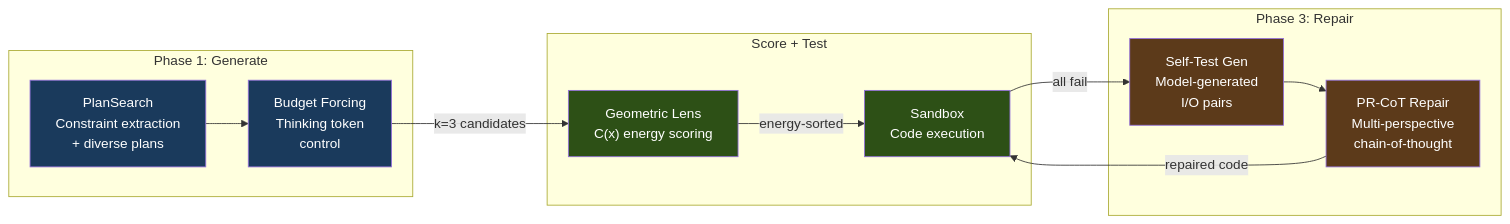
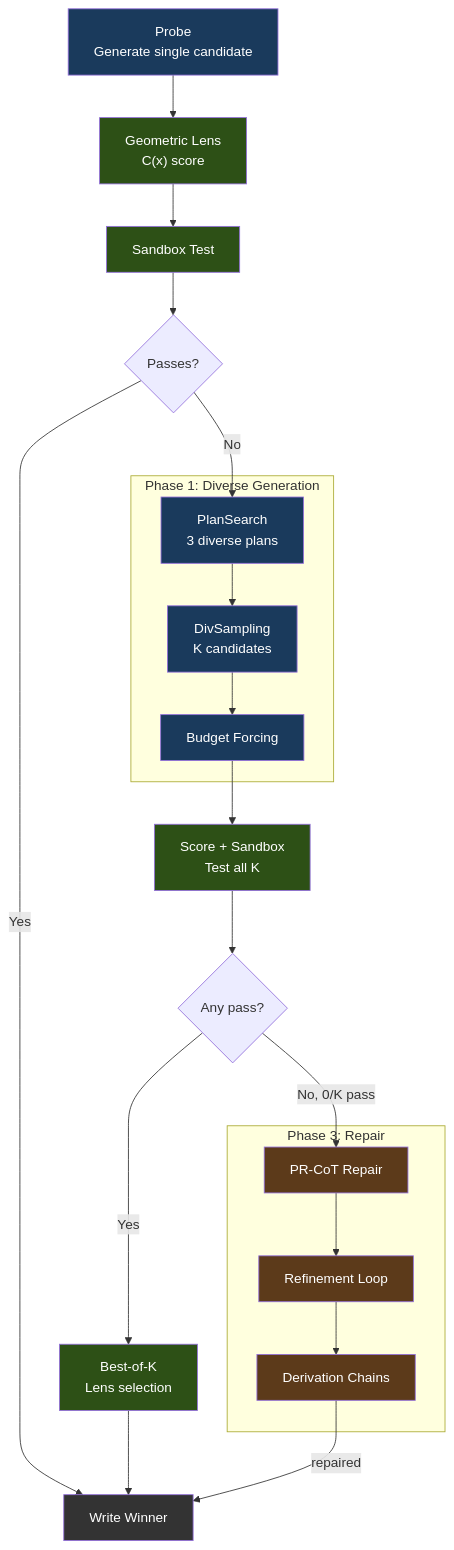
The diagram in README.md (itigges22/ATLAS), drawn with Mermaid before and after one commit.

Commit message:
Fix mermaid diagram: accurate pipeline flow - probe first, early exit on pass, Phase 1 only if probe fails, Phase 3 only if 0/K pass

````diff
--- a/README.md
+++ b/README.md
@@ -140,31 +140,46 @@
 ```mermaid
-flowchart LR
-  subgraph Phase1["Phase 1: Generate"]
-    PS["PlanSearch\nConstraint extraction\n+ diverse plans"]
-    BF["Budget Forcing\nThinking token\ncontrol"]
+flowchart TD
+  Probe["Probe\nGenerate single candidate"]
+  GL1["Geometric Lens\nC(x) score"]
+  SB1["Sandbox Test"]
+  Pass1{"Passes?"}
+
+  subgraph Phase1["Phase 1: Diverse Generation"]
+    PS["PlanSearch\n3 diverse plans"]
+    DS["DivSampling\nK candidates"]
+    BF["Budget Forcing"]
   end
 
-  subgraph Verify["Score + Test"]
-    GL["Geometric Lens\nC(x) energy scoring"]
-    SB["Sandbox\nCode execution"]
+  GL2["Score + Sandbox\nTest all K"]
+  Pass2{"Any pass?"}
+  Select["Best-of-K\nLens selection"]
+
+  subgraph Phase3["Phase 3: Repair"]
+    PR["PR-CoT Repair"]
+    RL["Refinement Loop"]
+    DC["Derivation Chains"]
   end
 
-  subgraph Phase3["Phase 3: Repair"]
-    ST["Self-Test Gen\nModel-generated\nI/O pairs"]
-    PR["PR-CoT Repair\nMulti-perspective\nchain-of-thought"]
-  end
+  Done["Write Winner"]
 
-  PS --> BF
-  BF -->|"k=3 candidates"| GL
-  GL -->|"energy-sorted"| SB
-  SB -->|"all fail"| ST
-  ST --> PR
-  PR -->|"repaired code"| SB
+  Probe --> GL1 --> SB1 --> Pass1
+  Pass1 -->|"Yes"| Done
+  Pass1 -->|"No"| PS
+  PS --> DS --> BF --> GL2 --> Pass2
+  Pass2 -->|"Yes"| Select --> Done
+  Pass2 -->|"No, 0/K pass"| PR --> RL --> DC
+  DC -->|"repaired"| Done
 
-  style GL fill:#2d5016,color:#fff
+  style Probe fill:#1a3a5c,color:#fff
+  style GL1 fill:#2d5016,color:#fff
+  style SB1 fill:#2d5016,color:#fff
   style PS fill:#1a3a5c,color:#fff
+  style DS fill:#1a3a5c,color:#fff
   style BF fill:#1a3a5c,color:#fff
-  style SB fill:#2d5016,color:#fff
-  style ST fill:#5c3a1a,color:#fff
+  style GL2 fill:#2d5016,color:#fff
+  style Select fill:#2d5016,color:#fff
   style PR fill:#5c3a1a,color:#fff
+  style RL fill:#5c3a1a,color:#fff
+  style DC fill:#5c3a1a,color:#fff
+  style Done fill:#333,color:#fff
 ```
````
